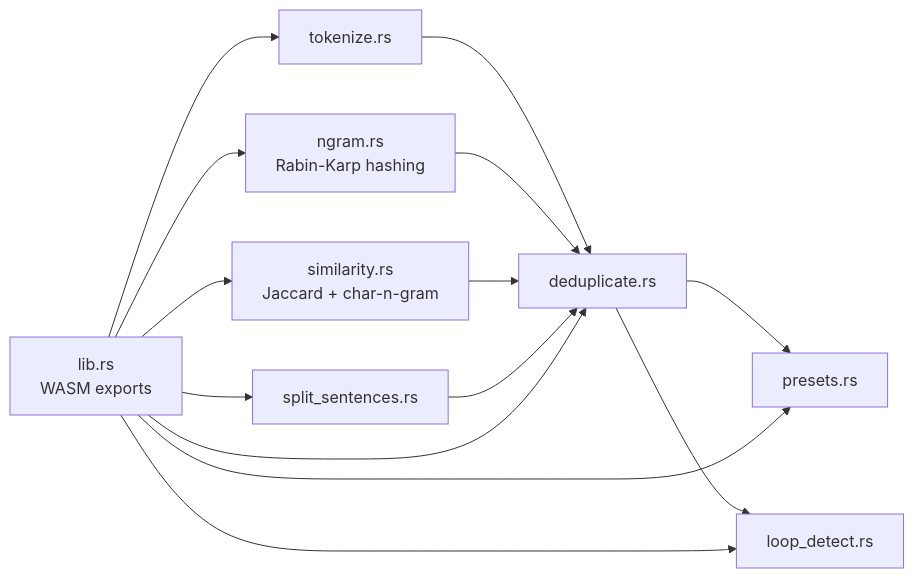
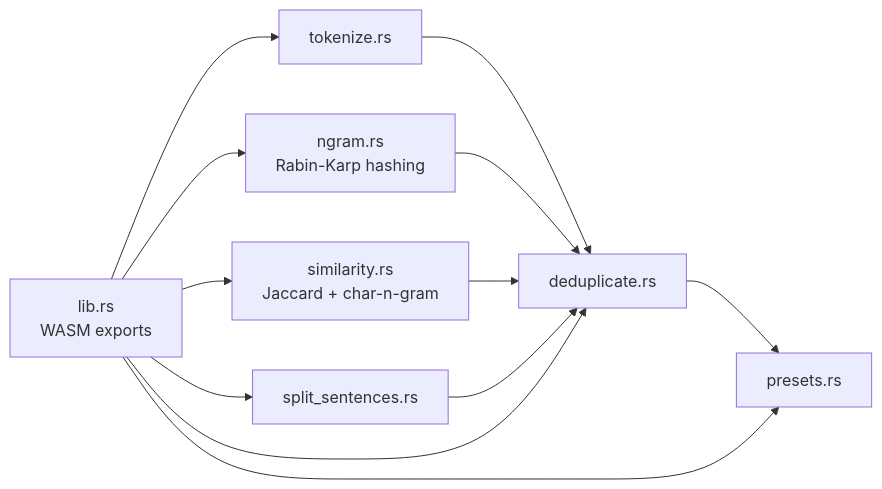
The third of 4 diagrams in ARCHITECTURE.md (entropy-tamer/dedup), drawn with Mermaid before and after one commit. The commit also changed other lines of this file and 2 other files, not shown here.

Commit message:
Remove dead loop_detect module from docs; add LICENSE

````diff
--- a/ARCHITECTURE.md
+++ b/ARCHITECTURE.md
@@ -159,16 +110,14 @@
 ```mermaid
 graph LR
     A[tokenize.rs] --> B[deduplicate.rs]
     C[ngram.rs<br/>Rabin-Karp hashing] --> B
     D[similarity.rs<br/>Jaccard + char-n-gram] --> B
     E[split_sentences.rs] --> B
     B --> F[presets.rs]
-    B --> G[loop_detect.rs]
     H[lib.rs<br/>WASM exports] --> A
     H --> C
     H --> D
     H --> E
     H --> B
     H --> F
-    H --> G
 ```
````
